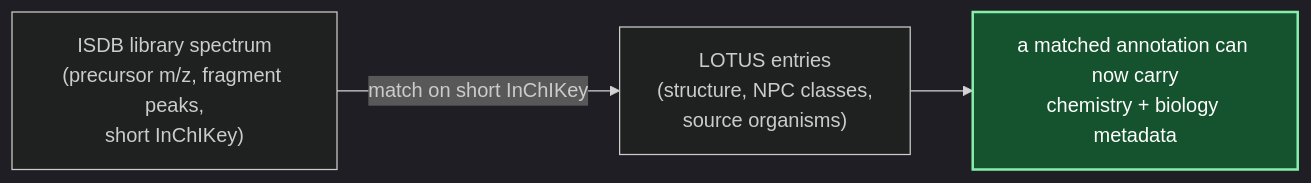
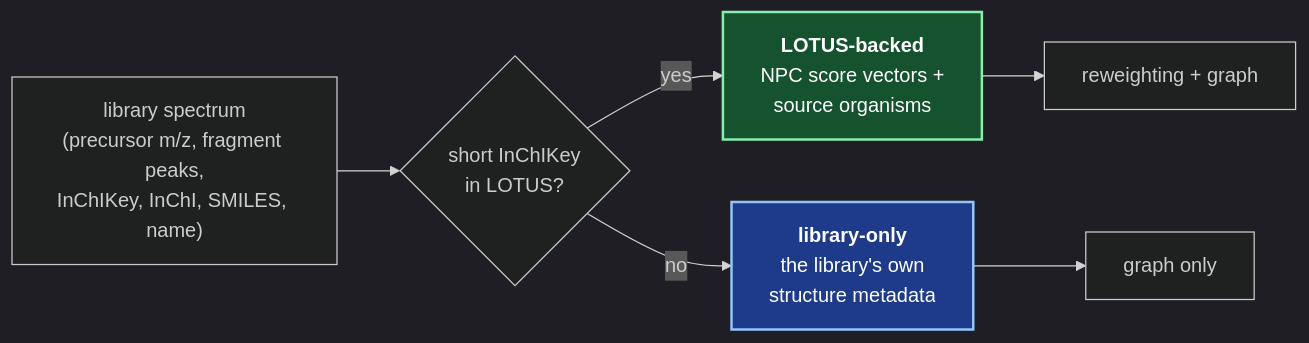
Before and after one commit to llegregam/enpkg_full: the second of 5 diagrams in docs/MS2_ENHANCER.md, drawn with Mermaid. The commit also changed other lines of this file and 10 other files, not shown here.

First line of the commit message:
feat(ms2): annotate library matches that LOTUS does not know

````diff
--- a/docs/MS2_ENHANCER.md
+++ b/docs/MS2_ENHANCER.md
@@ -60,7 +61,11 @@
 ```mermaid
 %%{init: {'theme':'dark'}}%%
 flowchart LR
-    LIB["ISDB library spectrum<br/>(precursor m/z, fragment peaks,<br/>short InChIKey)"] -->|"match on short InChIKey"| LOT["LOTUS entries<br/>(structure, NPC classes,<br/>source organisms)"]
-    LOT --> ANN["a matched annotation can now carry<br/>chemistry + biology metadata"]
-    style ANN fill:#14532d,stroke:#86efac,color:#ffffff,stroke-width:2px
+    LIB["library spectrum<br/>(precursor m/z, fragment peaks,<br/>InChIKey, InChI, SMILES, name)"] --> Q{"short InChIKey<br/>in LOTUS?"}
+    Q -->|yes| LOT["<b>LOTUS-backed</b><br/>NPC score vectors +<br/>source organisms"]
+    Q -->|no| LONLY["<b>library-only</b><br/>the library's own<br/>structure metadata"]
+    LOT --> RW["reweighting + graph"]
+    LONLY --> KG["graph only"]
+    style LOT fill:#14532d,stroke:#86efac,color:#ffffff,stroke-width:2px
+    style LONLY fill:#1e3a8a,stroke:#93c5fd,color:#ffffff,stroke-width:2px
 ```
````
